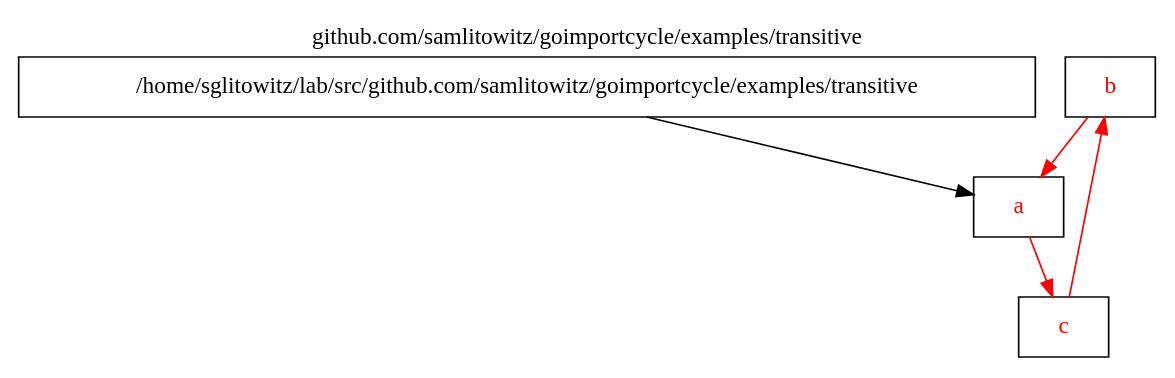
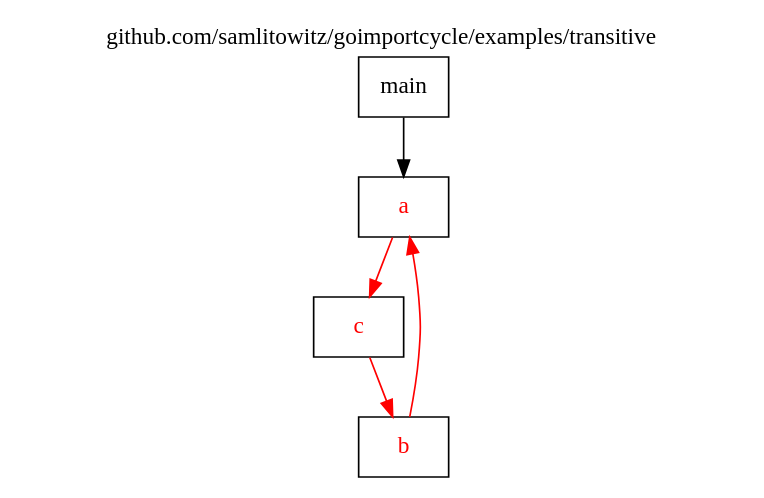
One commit to samlitowitz/goimportcycle changed the diagram in assets/examples/transitive/package.dot. Above: the diagram before and after it, drawn with Graphviz. The commit also changed 19 other files, not shown here.

```diff
--- a/assets/examples/transitive/package.dot
+++ b/assets/examples/transitive/package.dot
@@ -1,16 +1,16 @@
 
 digraph {
 	labelloc="t";
 	label="github.com/samlitowitz/goimportcycle/examples/transitive";
 	rankdir="TB";
 	node [shape="rect"];
 
-	pkg_b [label="b", style="filled", fontcolor="#ff0000", fillcolor="#ffffff"];
-	pkg_main [label="/home/sglitowitz/lab/src/github.com/samlitowitz/goimportcycle/examples/transitive", style="filled", fontcolor="#000000", fillcolor="#ffffff"];
+	pkg_main [label="main", style="filled", fontcolor="#000000", fillcolor="#ffffff"];
 	pkg_a [label="a", style="filled", fontcolor="#ff0000", fillcolor="#ffffff"];
 	pkg_c [label="c", style="filled", fontcolor="#ff0000", fillcolor="#ffffff"];
-	pkg_b -> pkg_a [color="#ff0000"];
+	pkg_b [label="b", style="filled", fontcolor="#ff0000", fillcolor="#ffffff"];
 	pkg_main -> pkg_a [color="#000000"];
 	pkg_a -> pkg_c [color="#ff0000"];
 	pkg_c -> pkg_b [color="#ff0000"];
+	pkg_b -> pkg_a [color="#ff0000"];
 }
```
